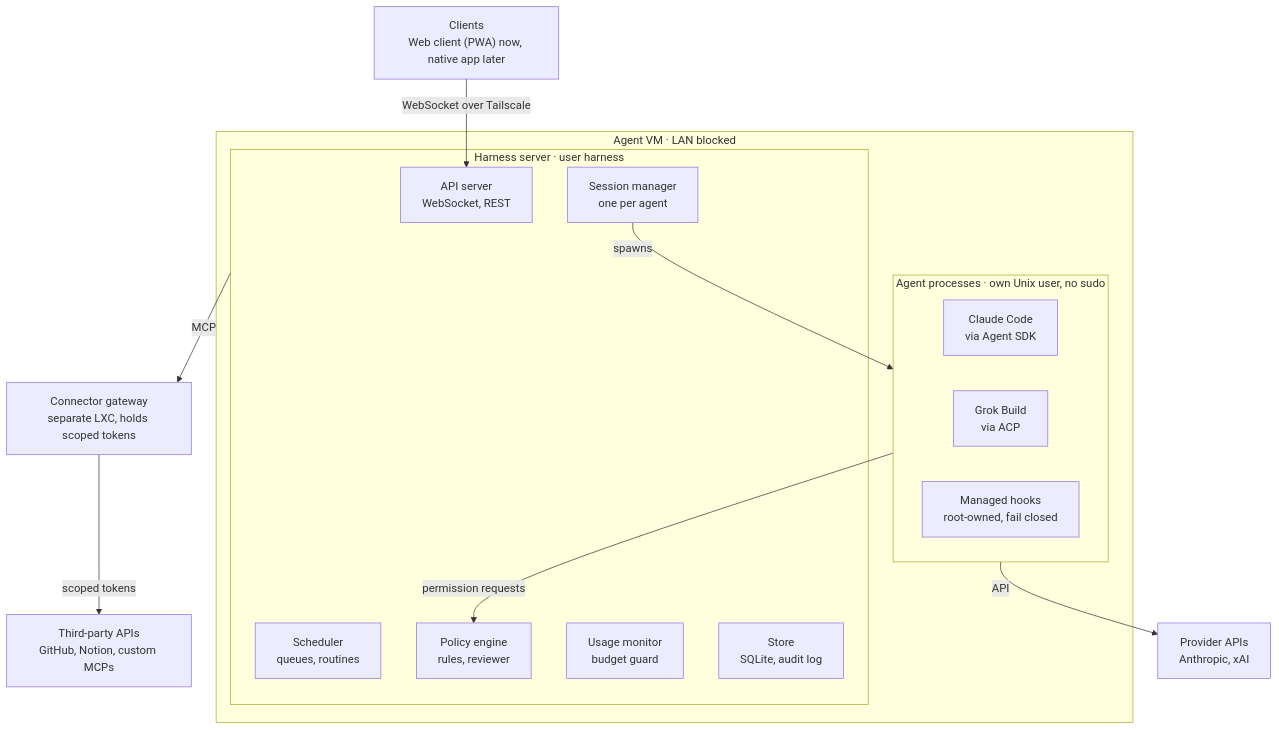
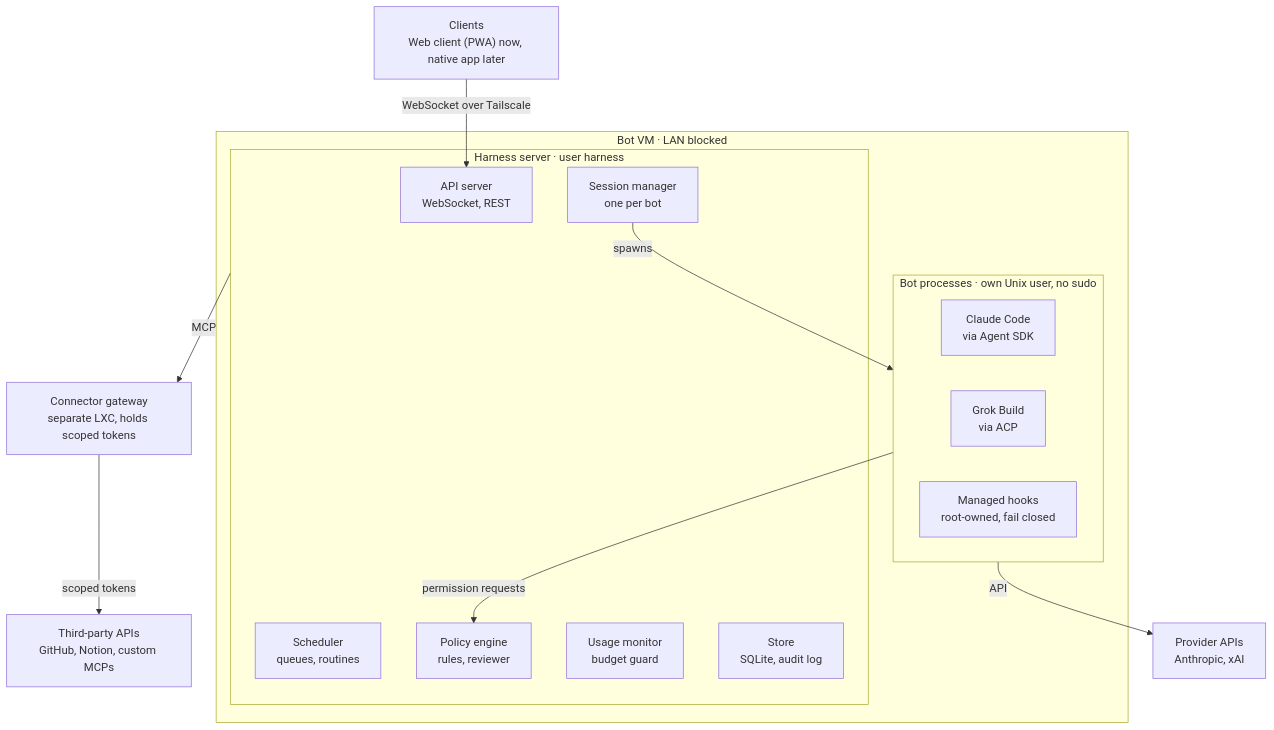
One commit to jcore9/Aphelion changed the first of 2 diagrams in docs/plan/aphelion-plan.md. Above: the diagram before and after it, drawn with Mermaid. The commit also changed other lines of this file and 60 other files, not shown here.

First line of the commit message:
chore: rename agents to bots (#149)

````diff
--- a/docs/plan/aphelion-plan.md
+++ b/docs/plan/aphelion-plan.md
@@ -151,28 +151,28 @@
 ```mermaid
 flowchart TB
   clients["Clients<br/>Web client (PWA) now, native app later"]
-  subgraph vm["Agent VM · LAN blocked"]
+  subgraph vm["Bot VM · LAN blocked"]
     subgraph harness["Harness server · user harness"]
       api["API server<br/>WebSocket, REST"]
       sched["Scheduler<br/>queues, routines"]
-      sess["Session manager<br/>one per agent"]
+      sess["Session manager<br/>one per bot"]
       policy["Policy engine<br/>rules, reviewer"]
       usage["Usage monitor<br/>budget guard"]
       store["Store<br/>SQLite, audit log"]
     end
-    subgraph agents["Agent processes · own Unix user, no sudo"]
+    subgraph bots["Bot processes · own Unix user, no sudo"]
       claude["Claude Code<br/>via Agent SDK"]
       grok["Grok Build<br/>via ACP"]
       hooks["Managed hooks<br/>root-owned, fail closed"]
     end
   end
   gateway["Connector gateway<br/>separate LXC, holds scoped tokens"]
   third["Third-party APIs<br/>GitHub, Notion, custom MCPs"]
   providers["Provider APIs<br/>Anthropic, xAI"]
   clients -- "WebSocket over Tailscale" --> api
-  sess -- spawns --> agents
-  agents -- "permission requests" --> policy
+  sess -- spawns --> bots
+  bots -- "permission requests" --> policy
   harness -- MCP --> gateway
   gateway -- "scoped tokens" --> third
-  agents -- API --> providers
+  bots -- API --> providers
 ```
````
